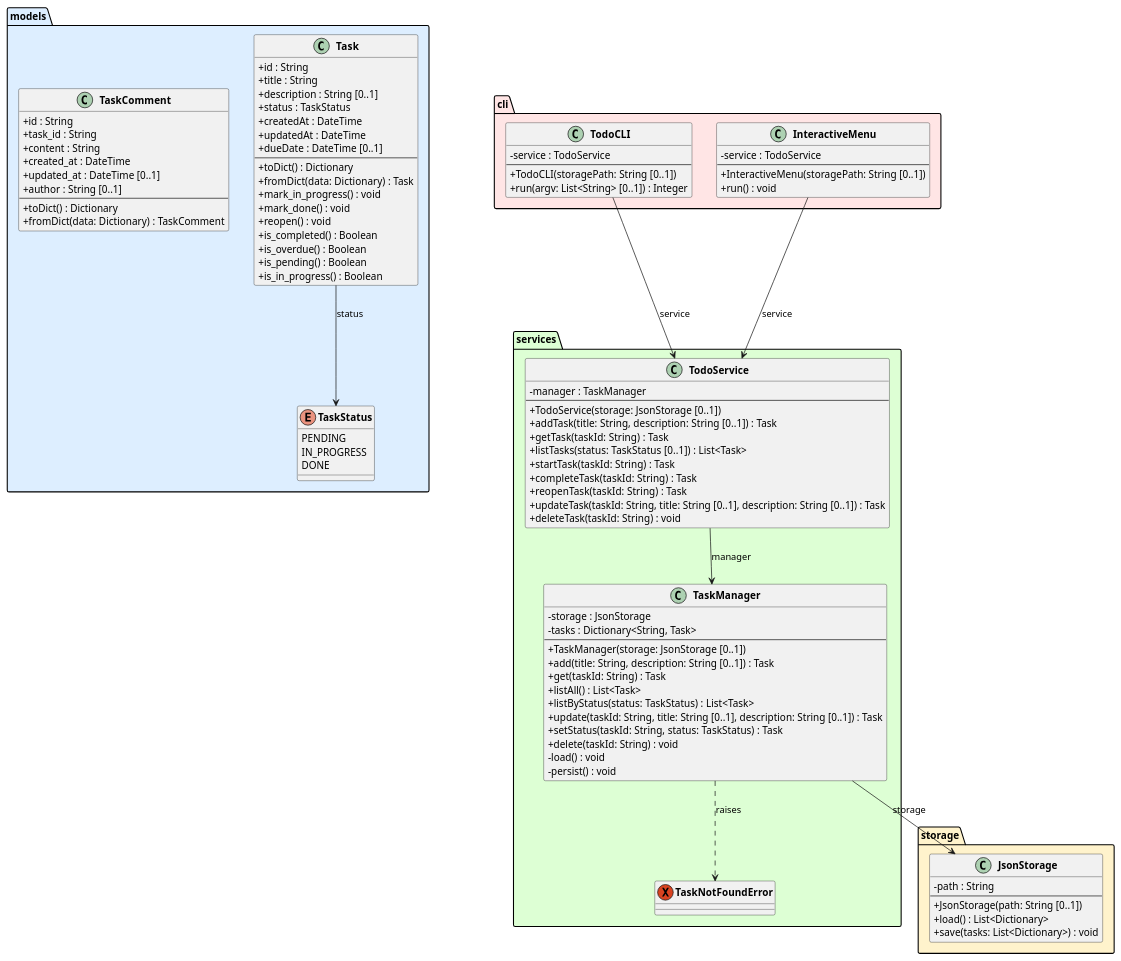
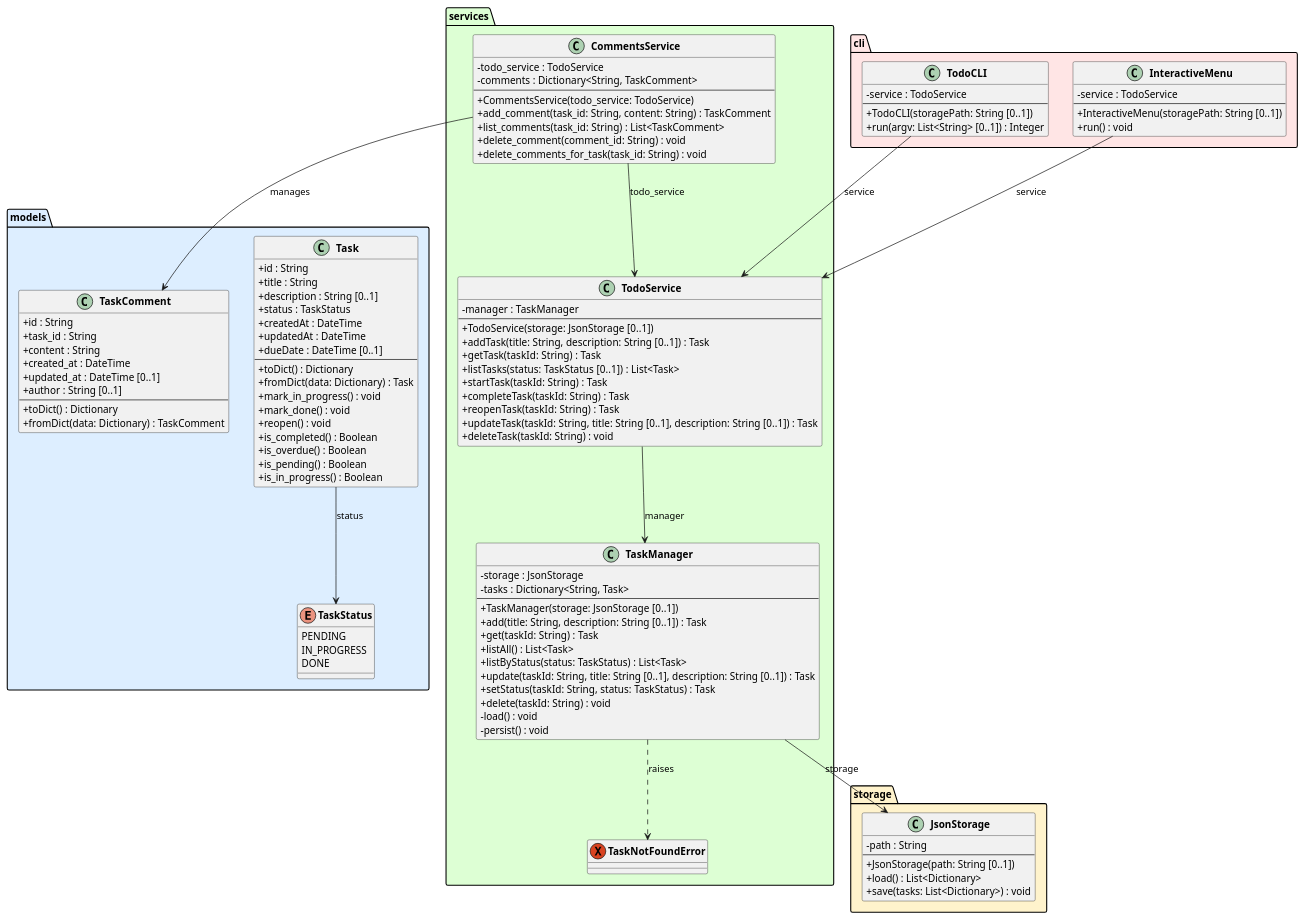
Before and after one commit to DanielRiha8906/Software_autoevolution_using_agents: the diagram in experiments/broadcast/test_driven/TODO/artifacts/class_diagram.puml, drawn with PlantUML. The commit also changed 4 other files, not shown here.

First line of the commit message:
task 04 | broadcast / test_driven / TODO | Implement CommentsService

```diff
--- a/experiments/broadcast/test_driven/TODO/artifacts/class_diagram.puml
+++ b/experiments/broadcast/test_driven/TODO/artifacts/class_diagram.puml
@@ -1,113 +1,126 @@
 @startuml class_diagram
 
 skinparam classAttributeIconSize 0
 skinparam classFontStyle bold
 
 package "models" #DDEEFF {
     enum TaskStatus {
         PENDING
         IN_PROGRESS
         DONE
     }
 
     class Task {
         +id : String
         +title : String
         +description : String [0..1]
         +status : TaskStatus
         +createdAt : DateTime
         +updatedAt : DateTime
         +dueDate : DateTime [0..1]
         --
         +toDict() : Dictionary
         +fromDict(data: Dictionary) : Task
         +mark_in_progress() : void
         +mark_done() : void
         +reopen() : void
         +is_completed() : Boolean
         +is_overdue() : Boolean
         +is_pending() : Boolean
         +is_in_progress() : Boolean
     }
 
     class TaskComment {
         +id : String
         +task_id : String
         +content : String
         +created_at : DateTime
         +updated_at : DateTime [0..1]
         +author : String [0..1]
         --
         +toDict() : Dictionary
         +fromDict(data: Dictionary) : TaskComment
     }
 }
 
 package "storage" #FFF3CC {
     class JsonStorage {
         -path : String
         --
         +JsonStorage(path: String [0..1])
         +load() : List<Dictionary>
         +save(tasks: List<Dictionary>) : void
     }
 }
 
 package "services" #DDFFD4 {
     exception TaskNotFoundError
 
     class TaskManager {
         -storage : JsonStorage
         -tasks : Dictionary<String, Task>
         --
         +TaskManager(storage: JsonStorage [0..1])
         +add(title: String, description: String [0..1]) : Task
         +get(taskId: String) : Task
         +listAll() : List<Task>
         +listByStatus(status: TaskStatus) : List<Task>
         +update(taskId: String, title: String [0..1], description: String [0..1]) : Task
         +setStatus(taskId: String, status: TaskStatus) : Task
         +delete(taskId: String) : void
         -load() : void
         -persist() : void
     }
 
     class TodoService {
         -manager : TaskManager
         --
         +TodoService(storage: JsonStorage [0..1])
         +addTask(title: String, description: String [0..1]) : Task
         +getTask(taskId: String) : Task
         +listTasks(status: TaskStatus [0..1]) : List<Task>
         +startTask(taskId: String) : Task
         +completeTask(taskId: String) : Task
         +reopenTask(taskId: String) : Task
         +updateTask(taskId: String, title: String [0..1], description: String [0..1]) : Task
         +deleteTask(taskId: String) : void
     }
+
+    class CommentsService {
+        -todo_service : TodoService
+        -comments : Dictionary<String, TaskComment>
+        --
+        +CommentsService(todo_service: TodoService)
+        +add_comment(task_id: String, content: String) : TaskComment
+        +list_comments(task_id: String) : List<TaskComment>
+        +delete_comment(comment_id: String) : void
+        +delete_comments_for_task(task_id: String) : void
+    }
 }
 
 package "cli" #FFE5E5 {
     class TodoCLI {
         -service : TodoService
         --
         +TodoCLI(storagePath: String [0..1])
         +run(argv: List<String> [0..1]) : Integer
     }
 
     class InteractiveMenu {
         -service : TodoService
         --
         +InteractiveMenu(storagePath: String [0..1])
         +run() : void
     }
 }
 
 Task --> TaskStatus : status
 TaskManager --> JsonStorage : storage
 TaskManager ..> TaskNotFoundError : raises
 TodoService --> TaskManager : manager
+CommentsService --> TodoService : todo_service
+CommentsService --> TaskComment : manages
 TodoCLI --> TodoService : service
 InteractiveMenu --> TodoService : service
 
 @enduml
```
